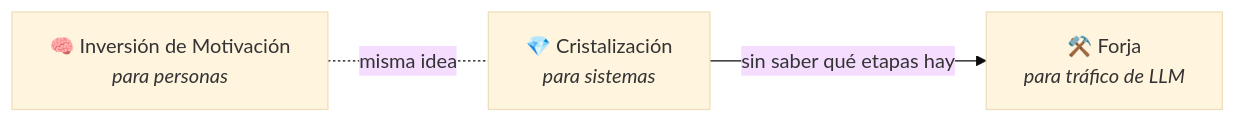
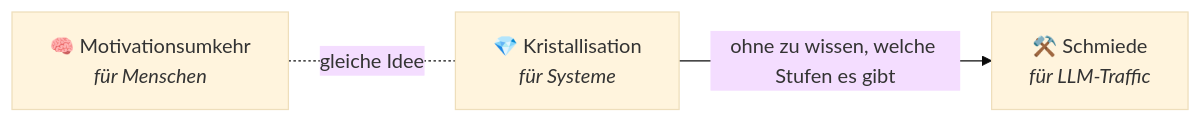
Before and after one commit to AbstractBike/SilvioMaciasSanchez: the diagram in README.md, drawn with Mermaid (base theme). The commit also changed other lines of this file and 4 other files, not shown here.

````diff
--- a/README.md
+++ b/README.md
@@ -21,5 +21,5 @@
 ```mermaid
 flowchart LR
-    IM["🧠 Inversión de Motivación<br/><i>para personas</i>"] -. "misma idea" .- CR["💎 Cristalización<br/><i>para sistemas</i>"]
-    CR -->|"sin saber qué etapas hay"| FO["⚒️ Forja<br/><i>para tráfico de LLM</i>"]
+    IM["🧠 Motivationsumkehr<br/><i>für Menschen</i>"] -. "gleiche Idee" .- CR["💎 Kristallisation<br/><i>für Systeme</i>"]
+    CR -->|"ohne zu wissen, welche Stufen es gibt"| FO["⚒️ Schmiede<br/><i>für LLM-Traffic</i>"]
 ```
````
